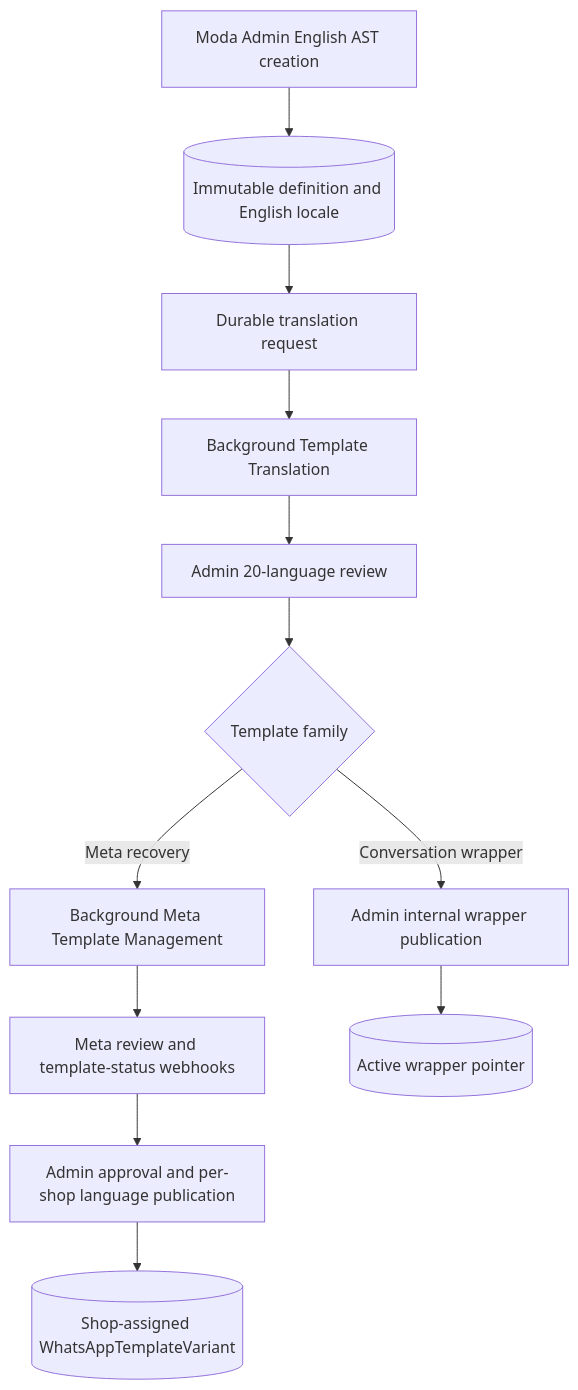
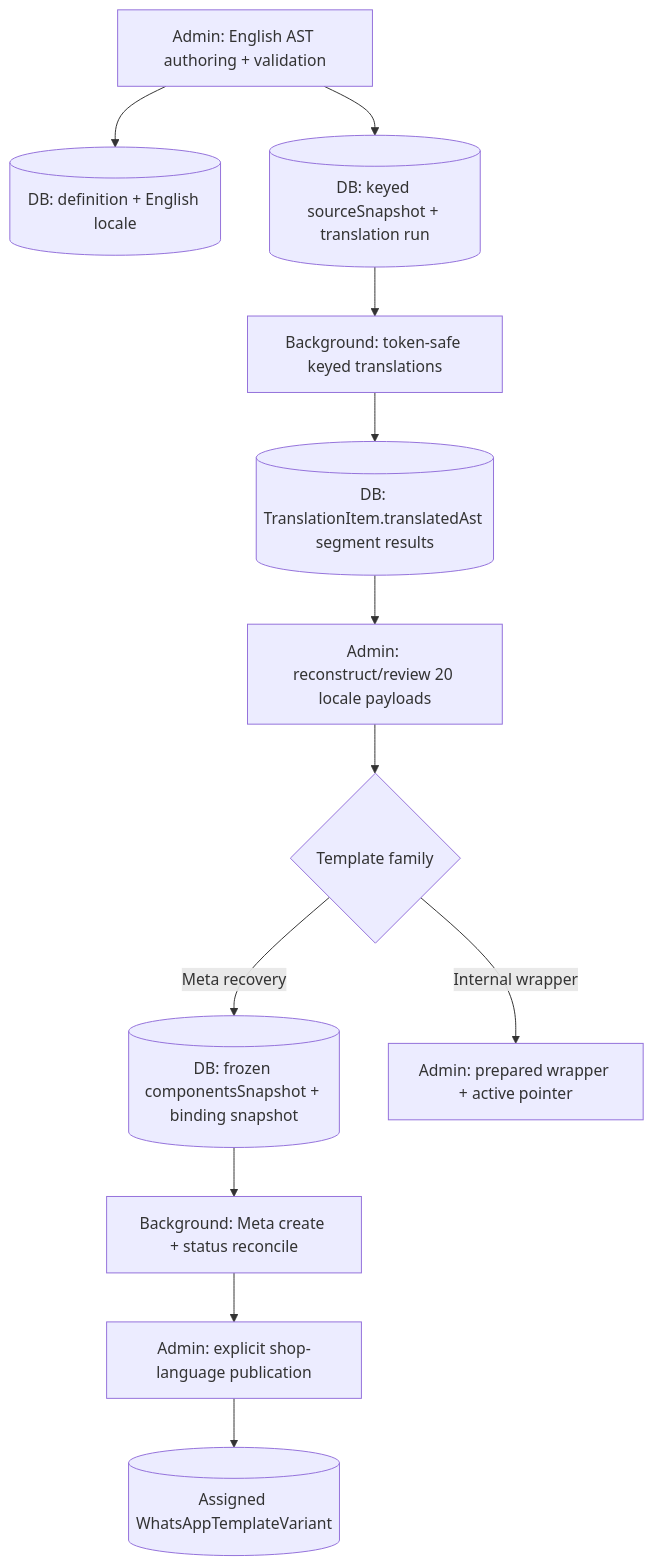
Before and after one commit to kodjobaah/moda-interact-workspace: the first of 2 diagrams in docs/architecture/ARCH-047-admin-managed-whatsapp-template-catalogue.md, drawn with Mermaid. The commit also changed other lines of this file and 9 other files, not shown here.

````diff
--- a/docs/architecture/ARCH-047-admin-managed-whatsapp-template-catalogue.md
+++ b/docs/architecture/ARCH-047-admin-managed-whatsapp-template-catalogue.md
@@ -59,14 +59,14 @@
 ```mermaid
 flowchart TD
-  A[Moda Admin English AST creation] --> B[(Immutable definition and English locale)]
-  B --> C[Durable translation request]
-  C --> D[Background Template Translation]
-  D --> E[Admin 20-language review]
-  E --> F{Template family}
-  F -->|Meta recovery| G[Background Meta Template Management]
-  G --> H[Meta review and template-status webhooks]
-  H --> I[Admin approval and per-shop language publication]
-  F -->|Conversation wrapper| J[Admin internal wrapper publication]
-  I --> K[(Shop-assigned WhatsAppTemplateVariant)]
-  J --> L[(Active wrapper pointer)]
+  A[Admin: English AST authoring + validation] --> B[(DB: definition + English locale)]
+  A --> C[(DB: keyed sourceSnapshot + translation run)]
+  C --> D[Background: token-safe keyed translations]
+  D --> E[(DB: TranslationItem.translatedAst segment results)]
+  E --> F[Admin: reconstruct/review 20 locale payloads]
+  F --> G{Template family}
+  G -->|Meta recovery| H[(DB: frozen componentsSnapshot + binding snapshot)]
+  H --> I[Background: Meta create + status reconcile]
+  I --> J[Admin: explicit shop-language publication]
+  G -->|Internal wrapper| K[Admin: prepared wrapper + active pointer]
+  J --> L[(Assigned WhatsAppTemplateVariant)]
 ```
````
